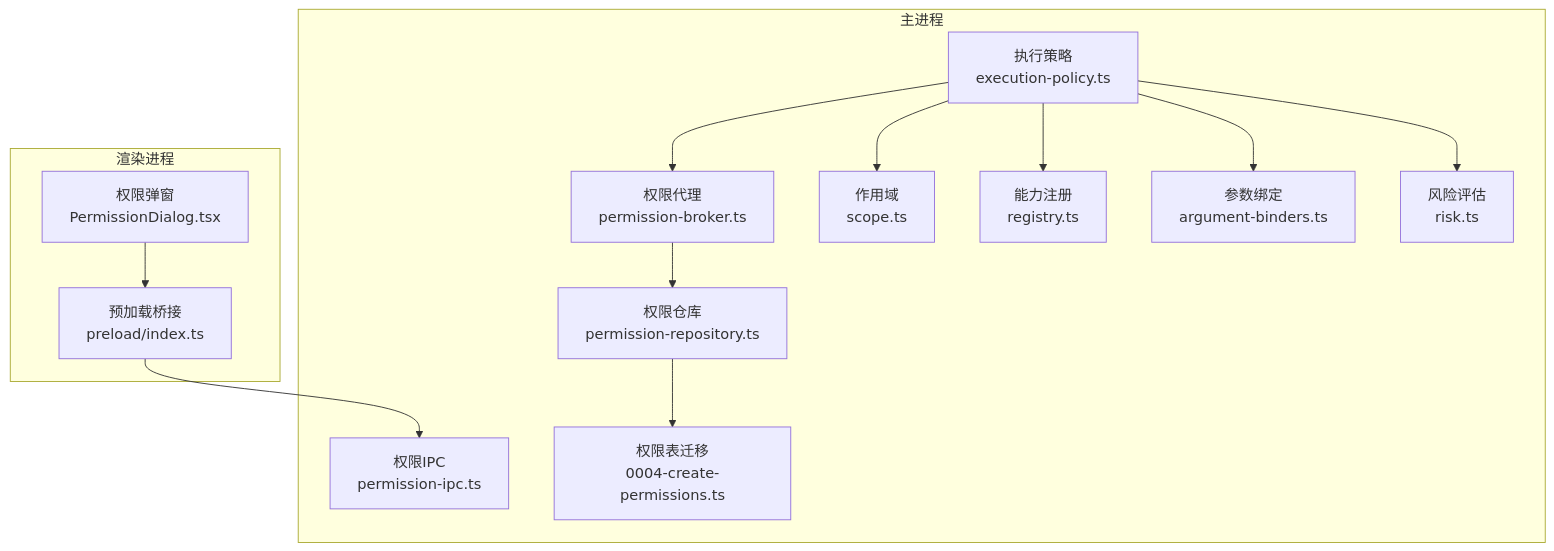
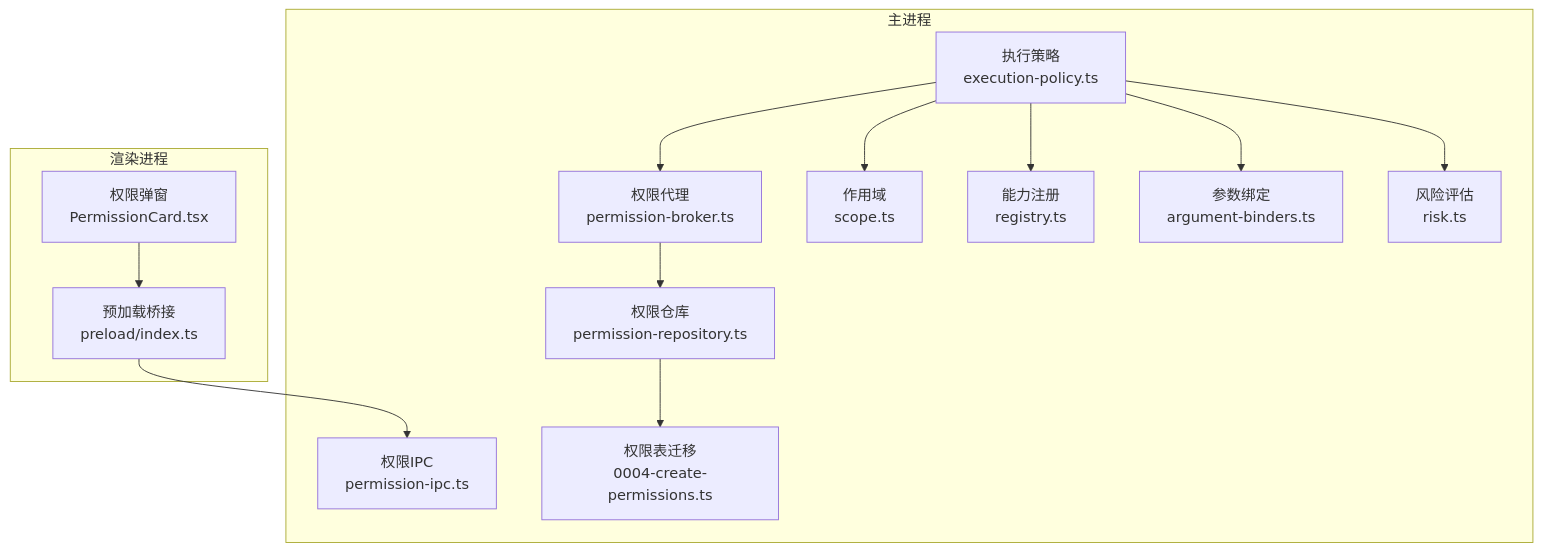
Before and after one commit to Azusa010/personal-agent: the first of 6 diagrams in .repowiki/zh/content/权限管理系统/权限管理系统.md, drawn with Mermaid. The commit also changed other lines of this file and 88 other files, not shown here.

````diff
--- a/.repowiki/zh/content/权限管理系统/权限管理系统.md
+++ b/.repowiki/zh/content/权限管理系统/权限管理系统.md
@@ -50,26 +50,26 @@
 ```mermaid
 graph TB
 subgraph "主进程"
 POL["执行策略<br/>execution-policy.ts"]
 BRK["权限代理<br/>permission-broker.ts"]
 IPC["权限IPC<br/>permission-ipc.ts"]
 SCOPE["作用域<br/>scope.ts"]
 REG["能力注册<br/>registry.ts"]
 ARG["参数绑定<br/>argument-binders.ts"]
 RISK["风险评估<br/>risk.ts"]
 REPO["权限仓库<br/>permission-repository.ts"]
 MIG["权限表迁移<br/>0004-create-permissions.ts"]
 end
 subgraph "渲染进程"
-DIALOG["权限弹窗<br/>PermissionDialog.tsx"]
+DIALOG["权限弹窗<br/>PermissionCard.tsx"]
 PRELOAD["预加载桥接<br/>preload/index.ts"]
 end
 DIALOG --> PRELOAD --> IPC
 POL --> BRK
 POL --> SCOPE
 POL --> REG
 POL --> ARG
 POL --> RISK
 BRK --> REPO
 REPO --> MIG
 ```
````
